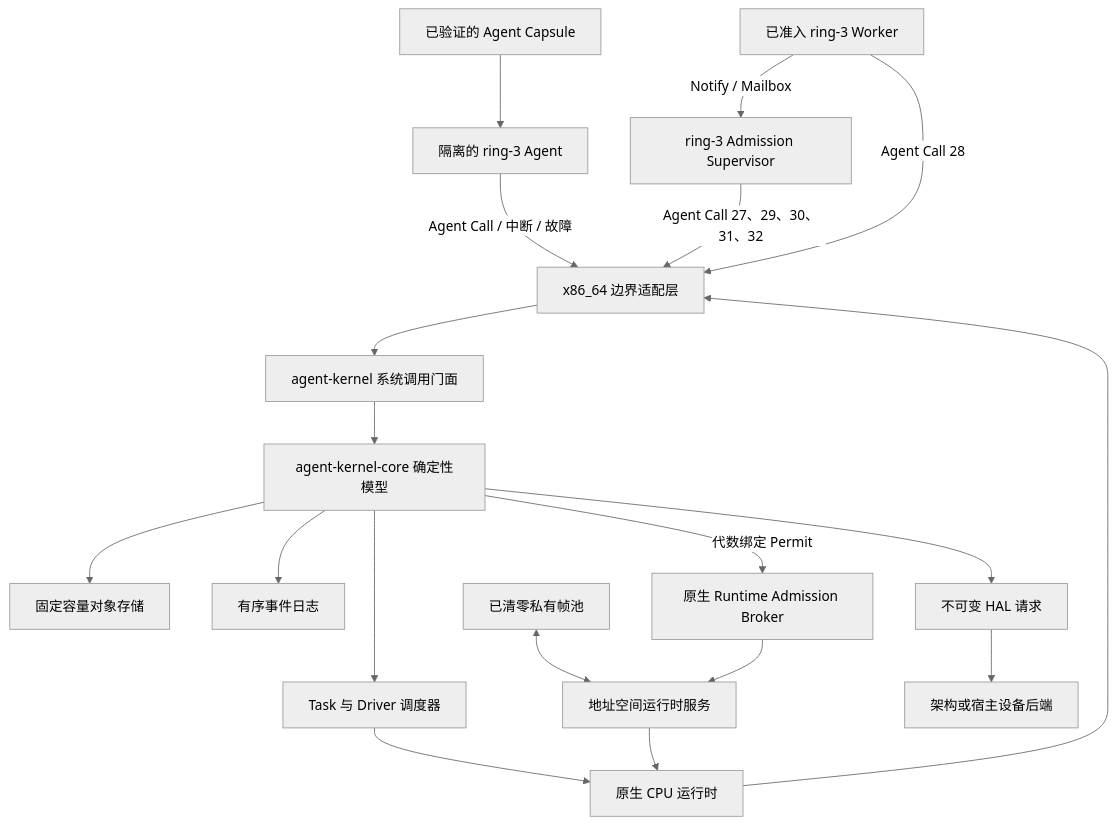
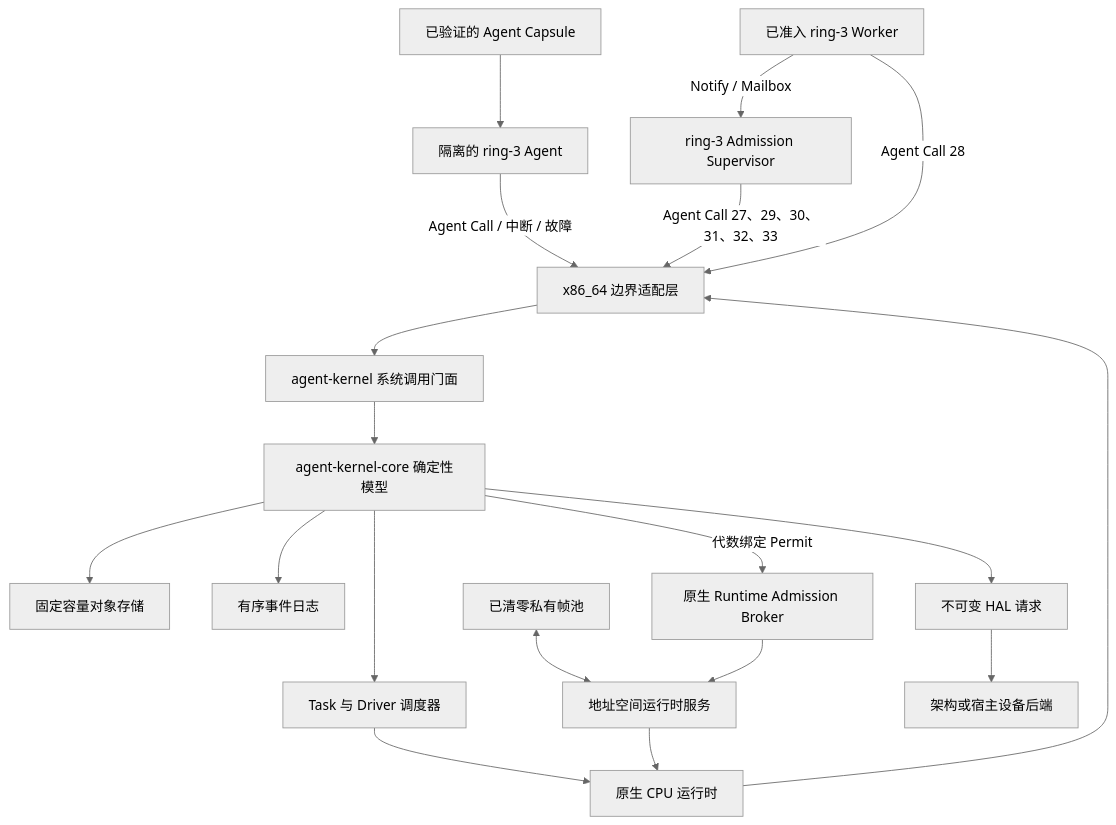
The diagram in README.zh-CN.md (Evan-master/agent-kernel), drawn with Mermaid (neutral theme) before and after one commit. The commit also changed other lines of this file and 40 other files, not shown here.

````diff
--- a/README.zh-CN.md
+++ b/README.zh-CN.md
@@ -159,21 +166,21 @@
 ```mermaid
 flowchart TB
     Capsule["已验证的 Agent Capsule"] --> Ring3["隔离的 ring-3 Agent"]
     Ring3 -->|"Agent Call / 中断 / 故障"| X86["x86_64 边界适配层"]
     X86 --> Facade["agent-kernel 系统调用门面"]
     Facade --> Core["agent-kernel-core 确定性模型"]
     Core --> Stores["固定容量对象存储"]
     Core --> Events["有序事件日志"]
     Core --> Scheduler["Task 与 Driver 调度器"]
     Scheduler --> Runtime["原生 CPU 运行时"]
     Runtime --> X86
     FramePool["已清零私有帧池"] <--> AddressService["地址空间运行时服务"]
     Broker["原生 Runtime Admission Broker"] --> AddressService
     Core -->|"代数绑定 Permit"| Broker
     AddressService --> Runtime
     Core --> HAL["不可变 HAL 请求"]
     HAL --> Device["架构或宿主设备后端"]
-    Supervisor["ring-3 Admission Supervisor"] -->|"Agent Call 27、29、30、31、32"| X86
+    Supervisor["ring-3 Admission Supervisor"] -->|"Agent Call 27、29、30、31、32、33"| X86
     Workers["已准入 ring-3 Worker"] -->|"Agent Call 28"| X86
     Workers -->|"Notify / Mailbox"| Supervisor
 ```
````
